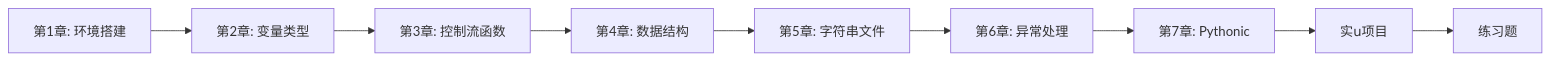
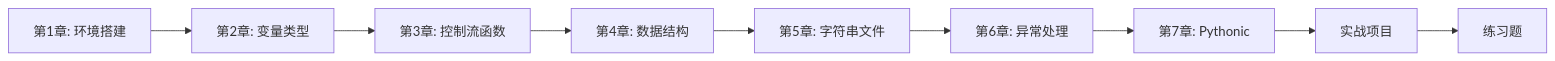
Before and after one commit to zephyrflow97/learning-plan: the diagram in python/stage-1-beginner/README.md, drawn with Mermaid. The commit also changed other lines of this file and 40 other files, not shown here.

````diff
--- a/python/stage-1-beginner/README.md
+++ b/python/stage-1-beginner/README.md
@@ -353,11 +353,11 @@
 ```mermaid
 graph LR
     A[第1章: 环境搭建] --> B[第2章: 变量类型]
     B --> C[第3章: 控制流函数]
     C --> D[第4章: 数据结构]
     D --> E[第5章: 字符串文件]
     E --> F[第6章: 异常处理]
     F --> G[第7章: Pythonic]
-    G --> H[实ս项目]
+    G --> H[实战项目]
     H --> I[练习题]
 ```
````
